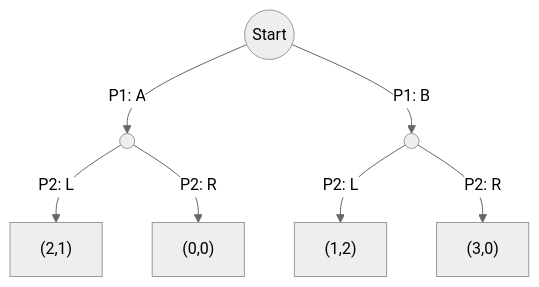
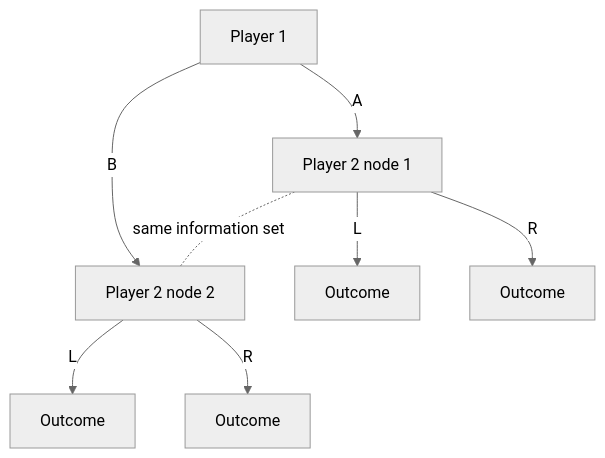
One commit to Sorenqwer/my-notes-site changed the fourth of 9 diagrams in notes/game-types/extensive-form.qmd. Above: the diagram before and after it, drawn with Mermaid (neutral theme). The commit also changed other lines of this file and 11 other files, not shown here.

````diff
--- a/notes/game-types/extensive-form.qmd
+++ b/notes/game-types/extensive-form.qmd
@@ -16,9 +114,10 @@
 ```{mermaid}
 flowchart TD
-  S((Start)) -->|P1: A| A(( ))
-  S -->|P1: B| B(( ))
-  A -->|P2: L| AL["(2,1)"]
-  A -->|P2: R| AR["(0,0)"]
-  B -->|P2: L| BL["(1,2)"]
-  B -->|P2: R| BR["(3,0)"]
+    A[Player 1] -->|A| B[Player 2 node 1]
+    A -->|B| C[Player 2 node 2]
+    B -. same information set .- C
+    B -->|L| D[Outcome]
+    B -->|R| E[Outcome]
+    C -->|L| F[Outcome]
+    C -->|R| G[Outcome]
 ```
````
